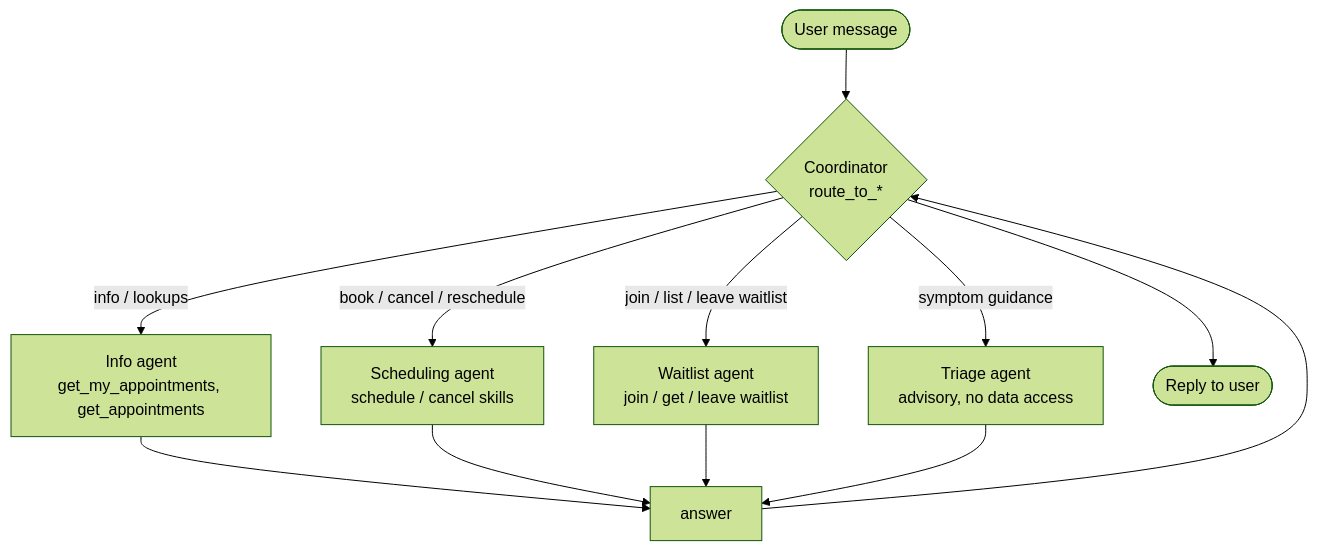
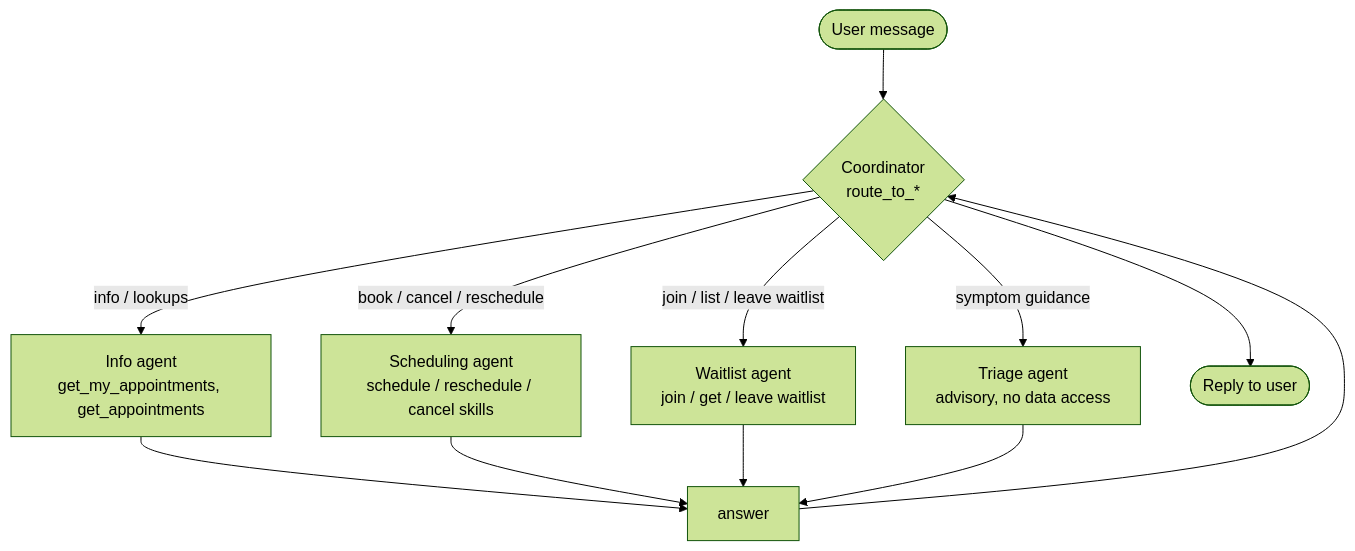
One commit to Bradly187/clinic-scheduler changed the second of 3 diagrams in README.md. Above: the diagram before and after it, drawn with Mermaid (forest theme). The commit also changed other lines of this file and 4 other files, not shown here.

````diff
--- a/README.md
+++ b/README.md
@@ -59,14 +59,14 @@
 ```mermaid
 flowchart TD
     U([User message]) --> C{Coordinator<br/>route_to_*}
     C -->|info / lookups| Info[Info agent<br/>get_my_appointments, get_appointments]
-    C -->|book / cancel / reschedule| Sched[Scheduling agent<br/>schedule / cancel skills]
+    C -->|book / cancel / reschedule| Sched[Scheduling agent<br/>schedule / reschedule / cancel skills]
     C -->|join / list / leave waitlist| Wait[Waitlist agent<br/>join / get / leave waitlist]
     C -->|symptom guidance| Triage[Triage agent<br/>advisory, no data access]
     Info --> R[answer]
     Sched --> R
     Wait --> R
     Triage --> R
     R --> C
     C --> Out([Reply to user])
 ```
````
